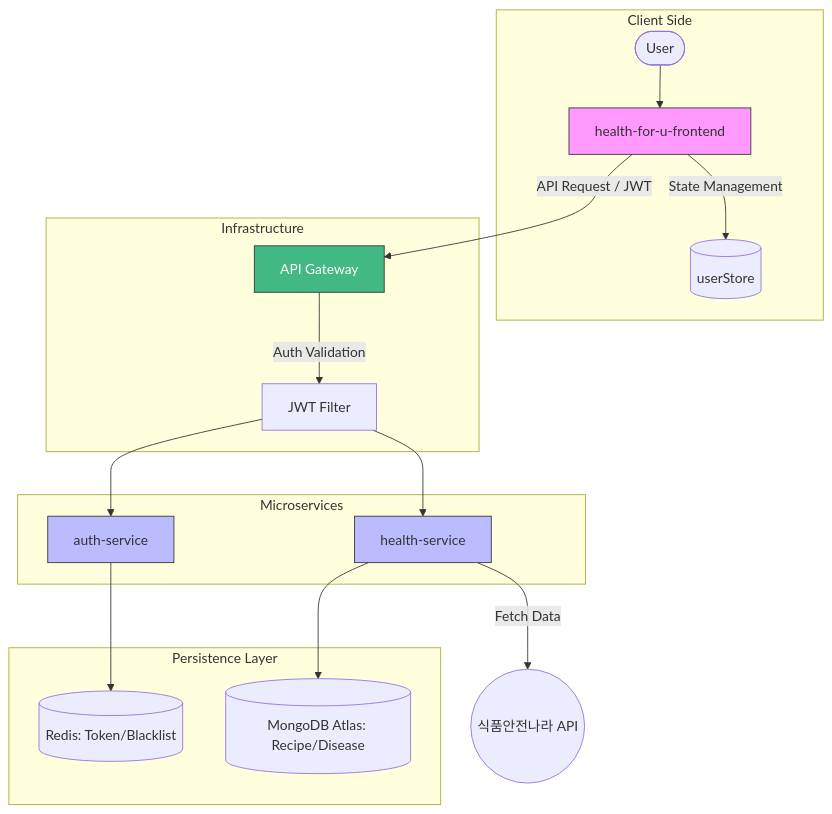
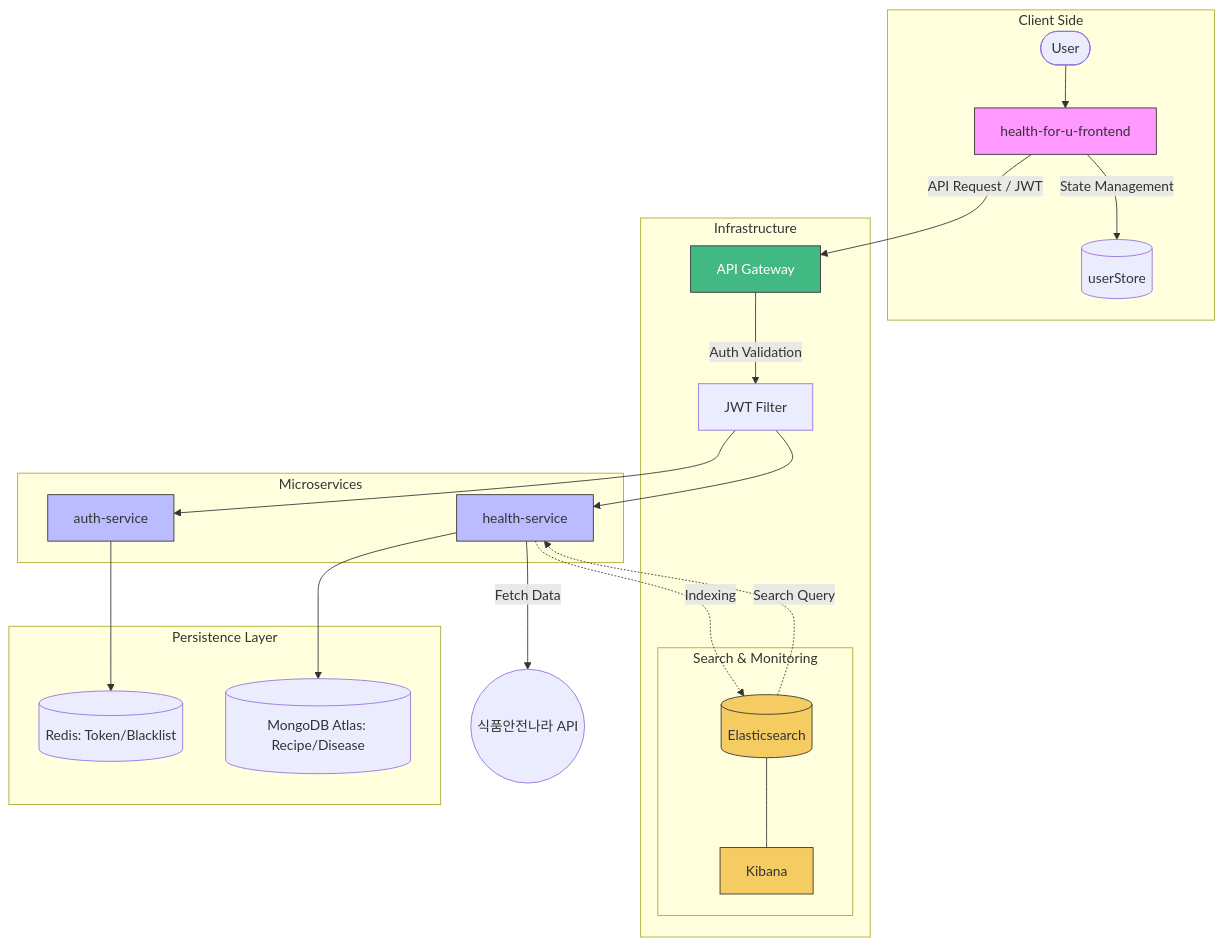
Before and after one commit to healthy-food-for-u/.github: the diagram in profile/README.md, drawn with Mermaid. The commit also changed other lines of this file, not shown here.

````diff
--- a/profile/README.md
+++ b/profile/README.md
@@ -6,32 +7,41 @@
 ```mermaid
 graph TD
     subgraph "Client Side"
         User([User]) --> FE[health-for-u-frontend]
         FE -->|State Management| Pinia[(userStore)]
     end
 
     FE -->|API Request / JWT| GW[API Gateway]
     
     subgraph "Infrastructure"
         GW -->|Auth Validation| JWT[JWT Filter]
+        subgraph "Search & Monitoring"
+            ES[(Elasticsearch)]
+            KB[Kibana]
+            ES --- KB
+        end
     end
 
     subgraph "Microservices"
         JWT --> Auth[auth-service]
         JWT --> Health[health-service]
     end
 
     subgraph "Persistence Layer"
         Auth --> Redis[(Redis: Token/Blacklist)]
         Health --> MongoDB[(MongoDB Atlas: Recipe/Disease)]
+        Health -.->|Indexing| ES
     end
 
     Health -->|Fetch Data| OpenAPI((식품안전나라 API))
+    ES -.->|Search Query| Health
 
     %% 스타일 정의
     style GW fill:#42b883,stroke:#333,color:#fff
     style FE fill:#f9f,stroke:#333
     style Auth fill:#bbf,stroke:#333
     style Health fill:#bbf,stroke:#333
+    style ES fill:#f5cc62,stroke:#333
+    style KB fill:#f5cc62,stroke:#333
 
 ```
````
